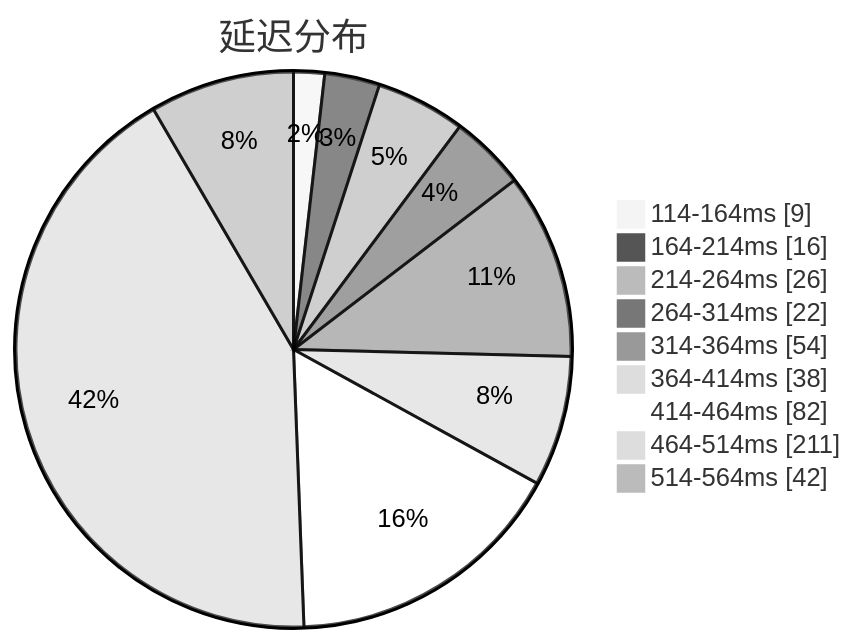
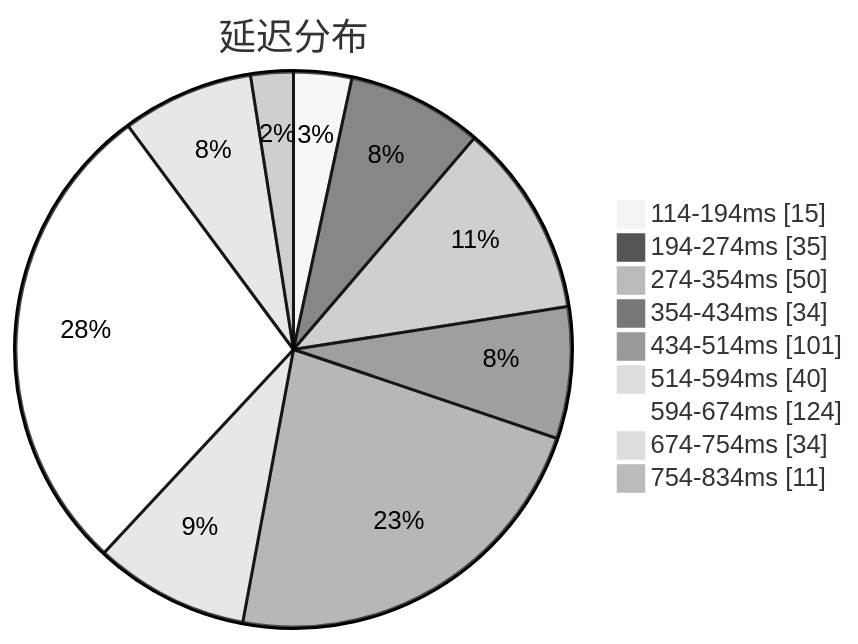
The first of 3 diagrams in subs/statistics/tested_within.md (sinspired/airport), drawn with Mermaid (neutral theme) before and after one commit. The commit also changed other lines of this file and 2 other files, not shown here.

````diff
--- a/subs/statistics/tested_within.md
+++ b/subs/statistics/tested_within.md
@@ -2,13 +2,13 @@
 ```mermaid
 pie showData
 title 延迟分布
-"114-164ms" : 9
-"164-214ms" : 16
-"214-264ms" : 26
-"264-314ms" : 22
-"314-364ms" : 54
-"364-414ms" : 38
-"414-464ms" : 82
-"464-514ms" : 211
-"514-564ms" : 42
+"114-194ms" : 15
+"194-274ms" : 35
+"274-354ms" : 50
+"354-434ms" : 34
+"434-514ms" : 101
+"514-594ms" : 40
+"594-674ms" : 124
+"674-754ms" : 34
+"754-834ms" : 11
 ```
````
